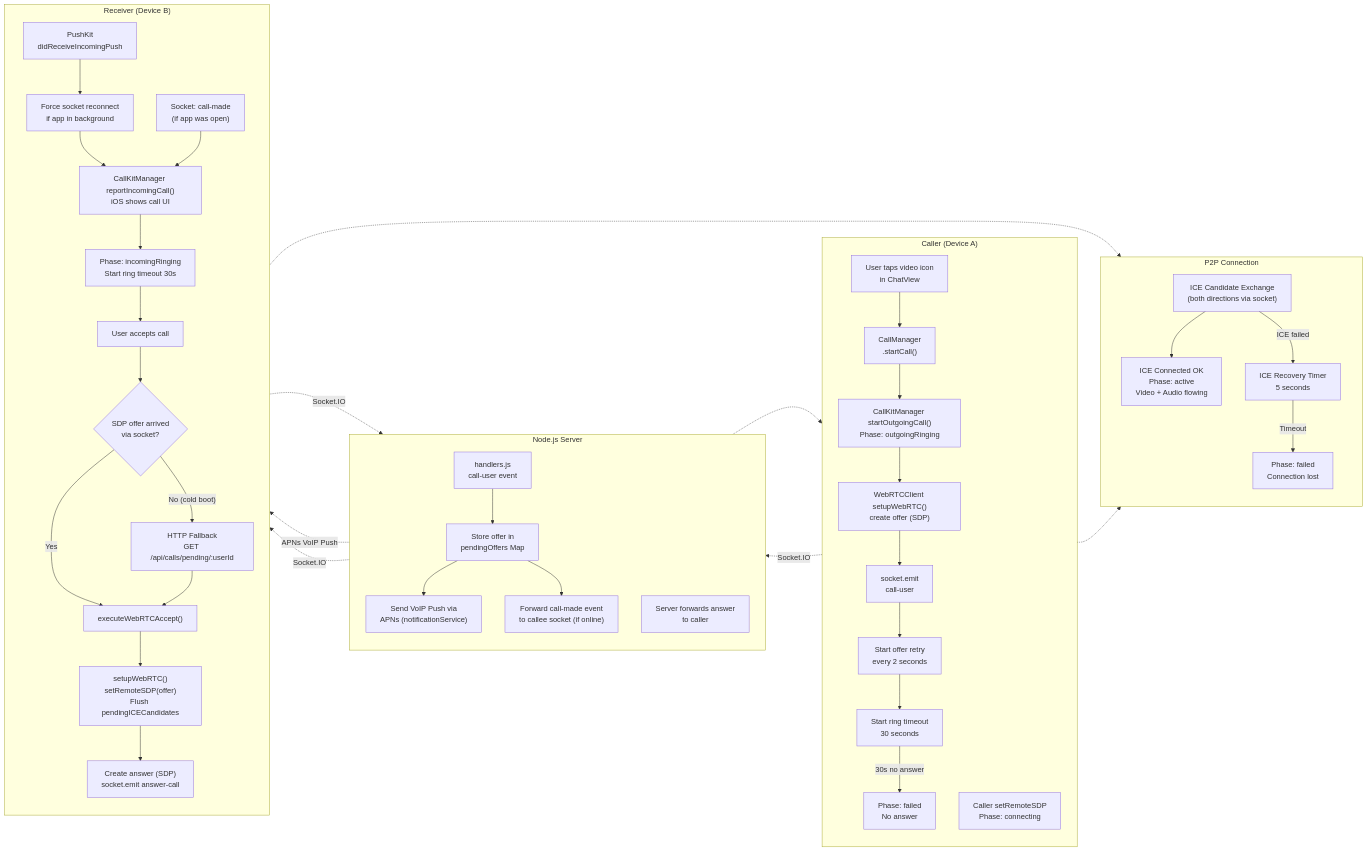
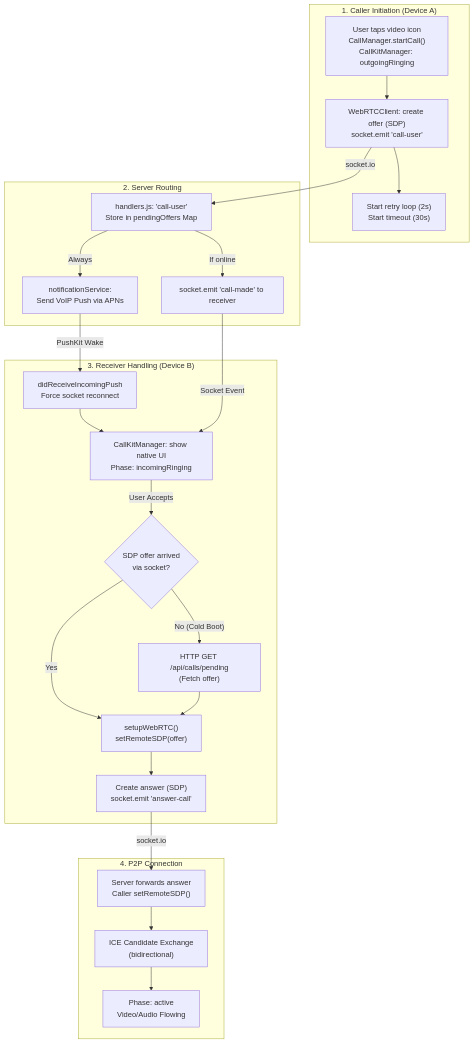
One commit to denizyakar/SoniApp changed the fourth of 6 diagrams in README.md. Above: the diagram before and after it, drawn with Mermaid. The commit also changed other lines of this file, not shown here.

````diff
--- a/README.md
+++ b/README.md
@@ -226,60 +216,36 @@
 ```mermaid
-flowchart LR
-    subgraph Caller["Caller (Device A)"]
-        direction TB
-        A1["User taps video icon<br>in ChatView"] --> A2["CallManager<br>.startCall()"]
-        A2 --> A3["CallKitManager startOutgoingCall()<br>Phase: outgoingRinging"]
-        A3 --> A4["WebRTCClient setupWebRTC()<br>create offer (SDP)"]
-        A4 --> A5["socket.emit<br>call-user"]
-        A5 --> A6["Start offer retry<br>every 2 seconds"]
-        A6 --> A7["Start ring timeout<br>30 seconds"]
-        A8["Caller setRemoteSDP<br>Phase: connecting"]
-        A7 -->|"30s no answer"| TIMEOUT["Phase: failed<br>No answer"]
+flowchart TD
+    subgraph Caller["1. Caller Initiation (Device A)"]
+        A["User taps video icon<br>CallManager.startCall()<br>CallKitManager: outgoingRinging"]
+        A --> B["WebRTCClient: create offer (SDP)<br>socket.emit 'call-user'"]
+        B --> C["Start retry loop (2s)<br>Start timeout (30s)"]
     end
 
-    subgraph NodeServer["Node.js Server"]
-        direction TB
-        S1["handlers.js<br>call-user event"] --> S2["Store offer in<br>pendingOffers Map"]
-        S2 --> S3["Send VoIP Push via<br>APNs (notificationService)"]
-        S2 --> S4["Forward call-made event<br>to callee socket (if online)"]
-        S5["Server forwards answer<br>to caller"]
+    subgraph NodeServer["2. Server Routing"]
+        B -->|"socket.io"| S["handlers.js: 'call-user'<br>Store in pendingOffers Map"]
+        S -->|"If online"| S1["socket.emit 'call-made' to receiver"]
+        S -->|"Always"| S2["notificationService:<br>Send VoIP Push via APNs"]
     end
 
-    subgraph Receiver["Receiver (Device B)"]
-        direction TB
-        R1["PushKit<br>didReceiveIncomingPush"] --> R3["Force socket reconnect<br>if app in background"]
-        R3 --> R4["CallKitManager reportIncomingCall()<br>iOS shows call UI"]
-        R2["Socket: call-made<br>(if app was open)"] --> R4
-
-        R4 --> R5["Phase: incomingRinging<br>Start ring timeout 30s"]
-        R5 --> R6["User accepts call"]
-        R6 --> R7{"SDP offer arrived<br>via socket?"}
-
-        R7 -->|"Yes"| R8["executeWebRTCAccept()"]
-        R7 -->|"No (cold boot)"| R9["HTTP Fallback<br>GET /api/calls/pending/:userId"]
-        R9 --> R8
-
-        R8 --> R10["setupWebRTC()<br>setRemoteSDP(offer)<br>Flush pendingICECandidates"]
-        R10 --> R11["Create answer (SDP)<br>socket.emit answer-call"]
+    subgraph Receiver["3. Receiver Handling (Device B)"]
+        S2 -->|"PushKit Wake"| R["didReceiveIncomingPush<br>Force socket reconnect"]
+        R --> R2["CallKitManager: show native UI<br>Phase: incomingRinging"]
+        
+        S1 -->|"Socket Event"| R2
+        
+        R2 -->|"User Accepts"| R3{"SDP offer arrived<br>via socket?"}
+        
+        R3 -->|"No (Cold Boot)"| R4["HTTP GET /api/calls/pending<br>(Fetch offer)"]
+        R3 -->|"Yes"| R5["setupWebRTC()<br>setRemoteSDP(offer)"]
+        
+        R4 --> R5
+        
+        R5 --> R6["Create answer (SDP)<br>socket.emit 'answer-call'"]
     end
 
-    subgraph Connection["P2P Connection"]
-        direction TB
-        ICE["ICE Candidate Exchange<br>(both directions via socket)"]
-        CONN["ICE Connected OK<br>Phase: active<br>Video + Audio flowing"]
-        REC["ICE Recovery Timer<br>5 seconds"]
-        FAIL["Phase: failed<br>Connection lost"]
-        ICE --> CONN
-        ICE -->|"ICE failed"| REC
-        REC -->|"Timeout"| FAIL
+    subgraph P2P["4. P2P Connection"]
+        R6 -->|"socket.io"| P1["Server forwards answer<br>Caller setRemoteSDP()"]
+        P1 --> P2["ICE Candidate Exchange<br>(bidirectional)"]
+        P2 --> P3["Phase: active<br>Video/Audio Flowing"]
     end
-
-    A5 -.->|"Socket.IO"| S1
-    S3 -.->|"APNs VoIP Push"| R1
-    S4 -.->|"Socket.IO"| R2
-    R11 -.->|"Socket.IO"| S5
-    S5 -.-> A8
-    
-    A8 -.-> ICE
-    R10 -.-> ICE
 ```
````
